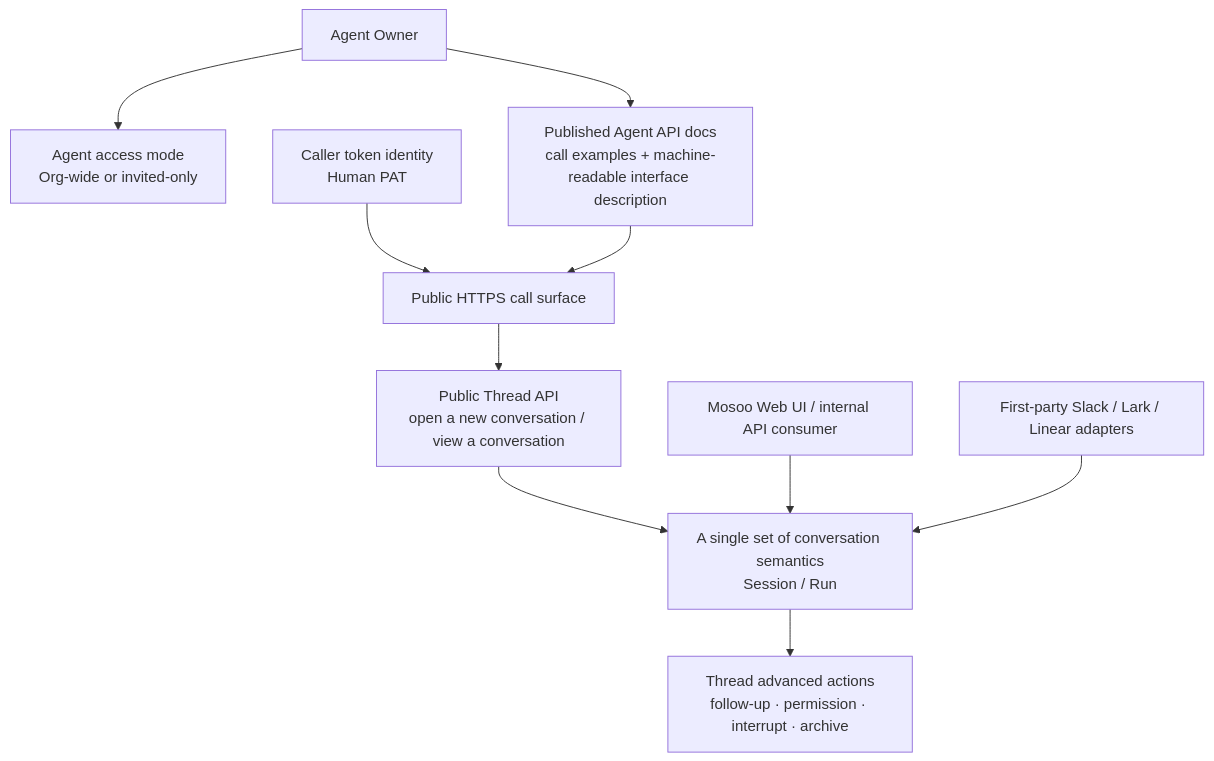
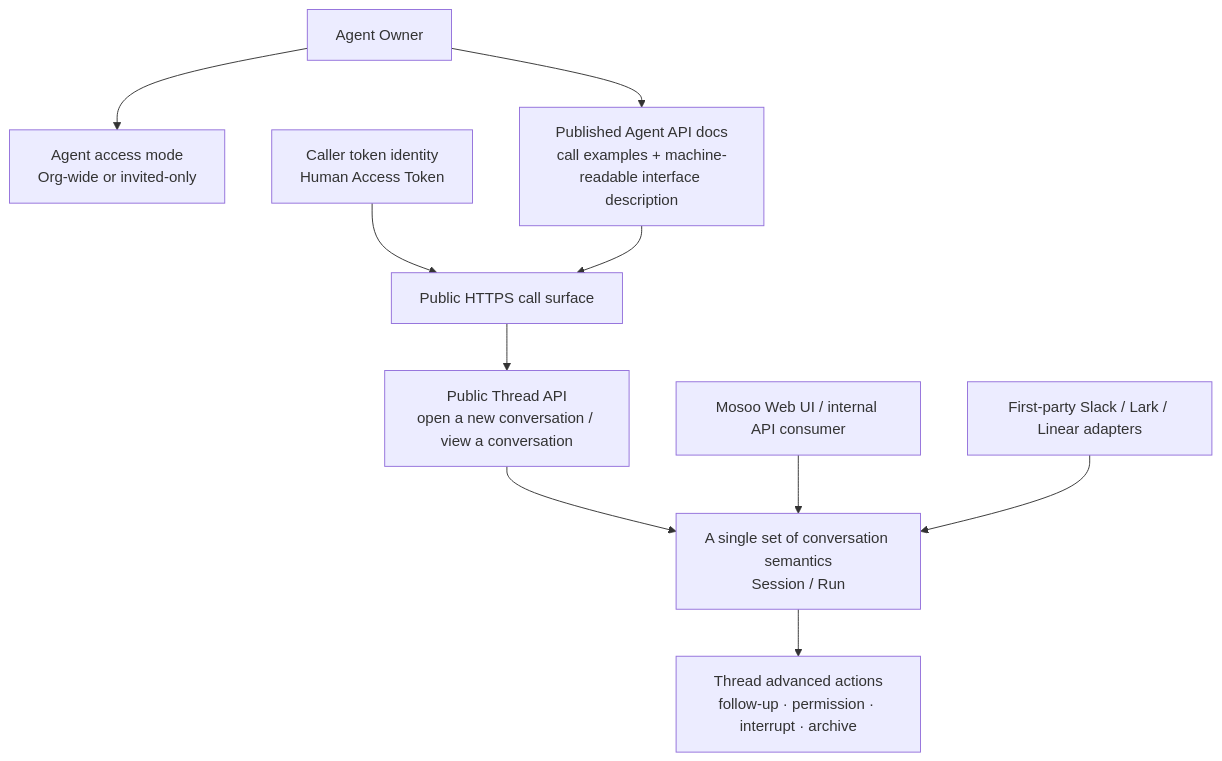
The second of 2 diagrams in dev/prd/published-agent-api-surface.md (langgenius/mosoo), drawn with Mermaid before and after one commit. The commit also changed other lines of this file and 5 other files, not shown here.

````diff
--- a/dev/prd/published-agent-api-surface.md
+++ b/dev/prd/published-agent-api-surface.md
@@ -109,23 +109,23 @@
 ```mermaid
 flowchart TD
   Owner["Agent Owner"]
   Access["Agent access mode<br/>Org-wide or invited-only"]
   Docs["Published Agent API docs<br/>call examples + machine-readable interface description"]
-  Token["Caller token identity<br/>Human PAT"]
+  Token["Caller token identity<br/>Human Access Token"]
   PublicAPI["Public HTTPS call surface"]
   ThreadAPI["Public Thread API<br/>open a new conversation / view a conversation"]
   AppContract["A single set of conversation semantics<br/>Session / Run"]
   SessionAPI["Thread advanced actions<br/>follow-up · permission · interrupt · archive"]
   WebUI["Mosoo Web UI / internal API consumer"]
   Adapters["First-party Slack / Lark / Linear adapters"]
 
   Owner --> Access
   Owner --> Docs
   Token --> PublicAPI
   Docs --> PublicAPI
   PublicAPI --> ThreadAPI
   ThreadAPI --> AppContract
   AppContract --> SessionAPI
   WebUI --> AppContract
   Adapters --> AppContract
 ```
````
